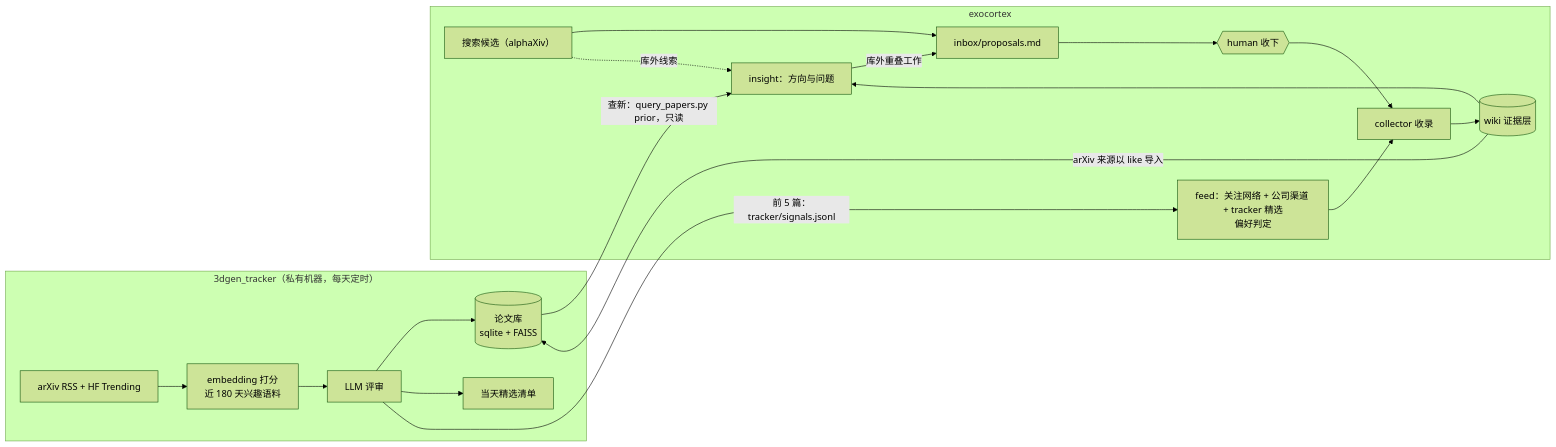
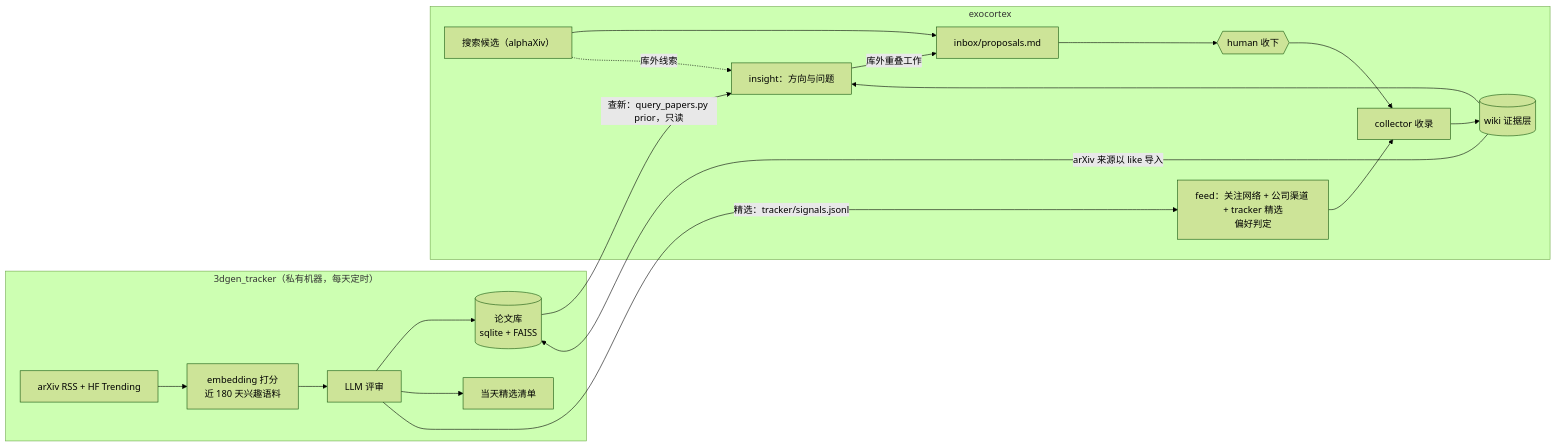
One commit to ZJLi2013/exocortex changed the first of 2 diagrams in docs/design.md. Above: the diagram before and after it, drawn with Mermaid (forest theme). The commit also changed other lines of this file and 1 other file, not shown here.

Commit message:
Docs: tracker sends its must-reads (editorial score >= 0.85), not a fixed top 5

````diff
--- a/docs/design.md
+++ b/docs/design.md
@@ -13,18 +13,18 @@
 ```mermaid
 flowchart LR
   subgraph T["3dgen_tracker（私有机器，每天定时）"]
     rss["arXiv RSS + HF Trending"] --> emb["embedding 打分<br/>近 180 天兴趣语料"] --> ed["LLM 评审"]
     ed --> db[("论文库<br/>sqlite + FAISS")]
     ed --> top["当天精选清单"]
   end
   subgraph E["exocortex"]
     feed["feed：关注网络 + 公司渠道 + tracker 精选<br/>偏好判定"] --> col["collector 收录"]
     srch["搜索候选（alphaXiv）"] --> prop["inbox/proposals.md"] --> hum{{"human 收下"}} --> col
     col --> wiki[("wiki 证据层")] --> ins["insight：方向与问题"]
   end
   wiki -- "arXiv 来源以 like 导入" --> db
   db -- "查新：query_papers.py prior，只读" --> ins
   srch -. "库外线索" .-> ins
   ins -- "库外重叠工作" --> prop
-  ed -- "前 5 篇：tracker/signals.jsonl" --> feed
+  ed -- "精选：tracker/signals.jsonl" --> feed
 ```
````
